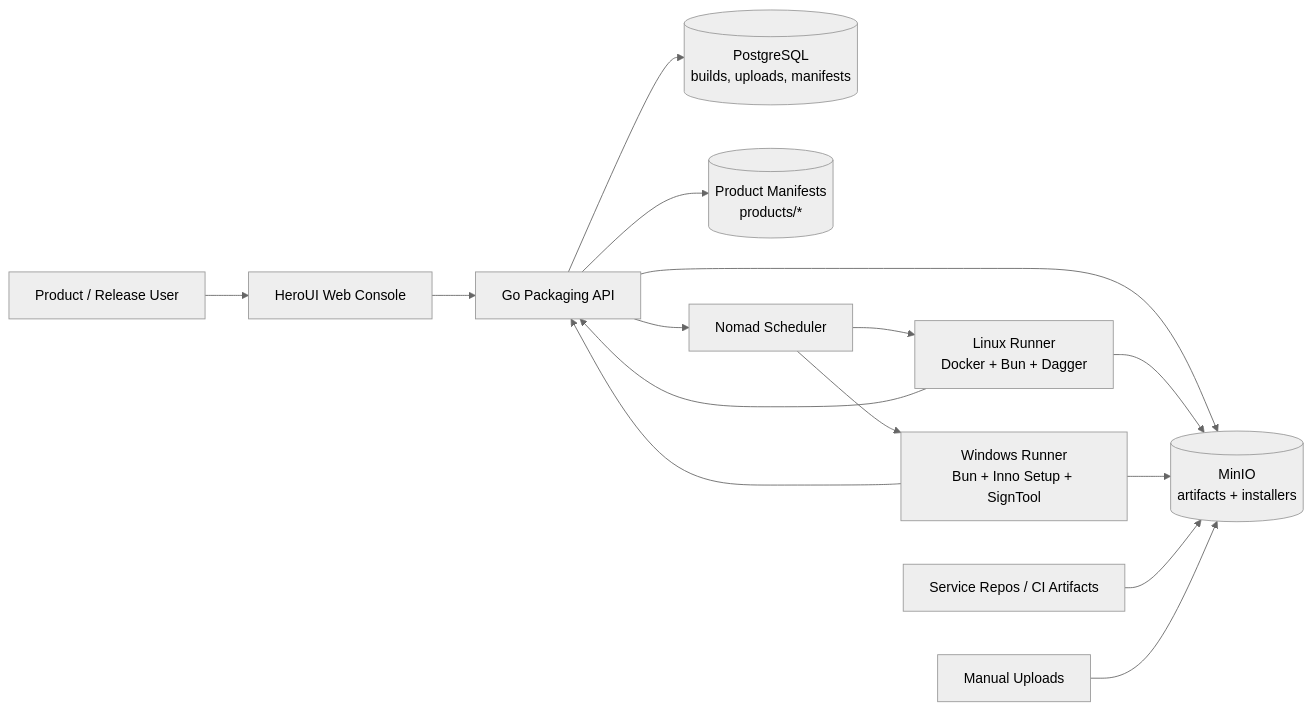
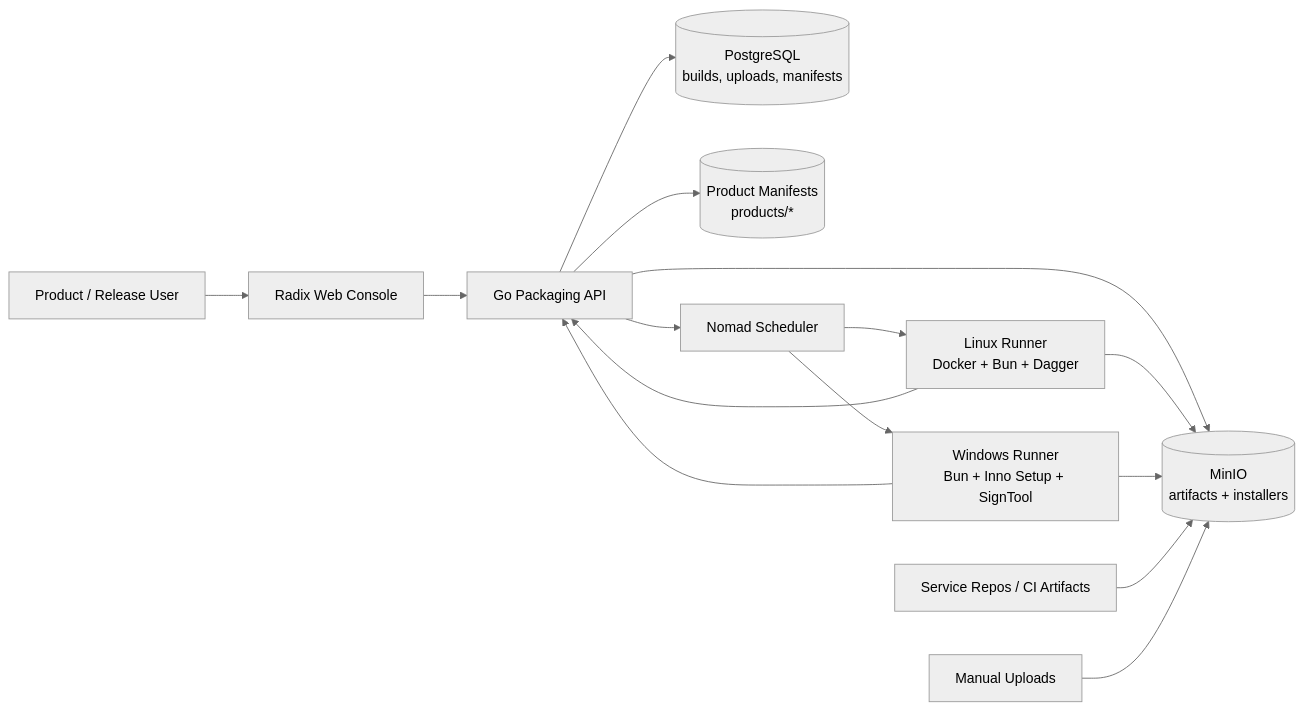
Before and after one commit to watertreestar/vela: the first of 6 diagrams in docs/architecture.md, drawn with Mermaid (neutral theme). The commit also changed other lines of this file and 32 other files, not shown here.

````diff
--- a/docs/architecture.md
+++ b/docs/architecture.md
@@ -5,21 +5,21 @@
 ```mermaid
 flowchart LR
-  User[Product / Release User] --> UI[HeroUI Web Console]
+  User[Product / Release User] --> UI[Radix Web Console]
   UI --> API[Go Packaging API]
 
   API --> Store[(PostgreSQL<br/>builds, uploads, manifests)]
   API --> ProductRepo[(Product Manifests<br/>products/*)]
   API --> Nomad[Nomad Scheduler]
   API --> MinIO[(MinIO<br/>artifacts + installers)]
 
   Nomad --> LinuxRunner[Linux Runner<br/>Docker + Bun + Dagger]
   Nomad --> WindowsRunner[Windows Runner<br/>Bun + Inno Setup + SignTool]
 
   LinuxRunner --> API
   WindowsRunner --> API
   LinuxRunner --> MinIO
   WindowsRunner --> MinIO
 
   SourceRepos[Service Repos / CI Artifacts] --> MinIO
   Upload[Manual Uploads] --> MinIO
 ```
````
